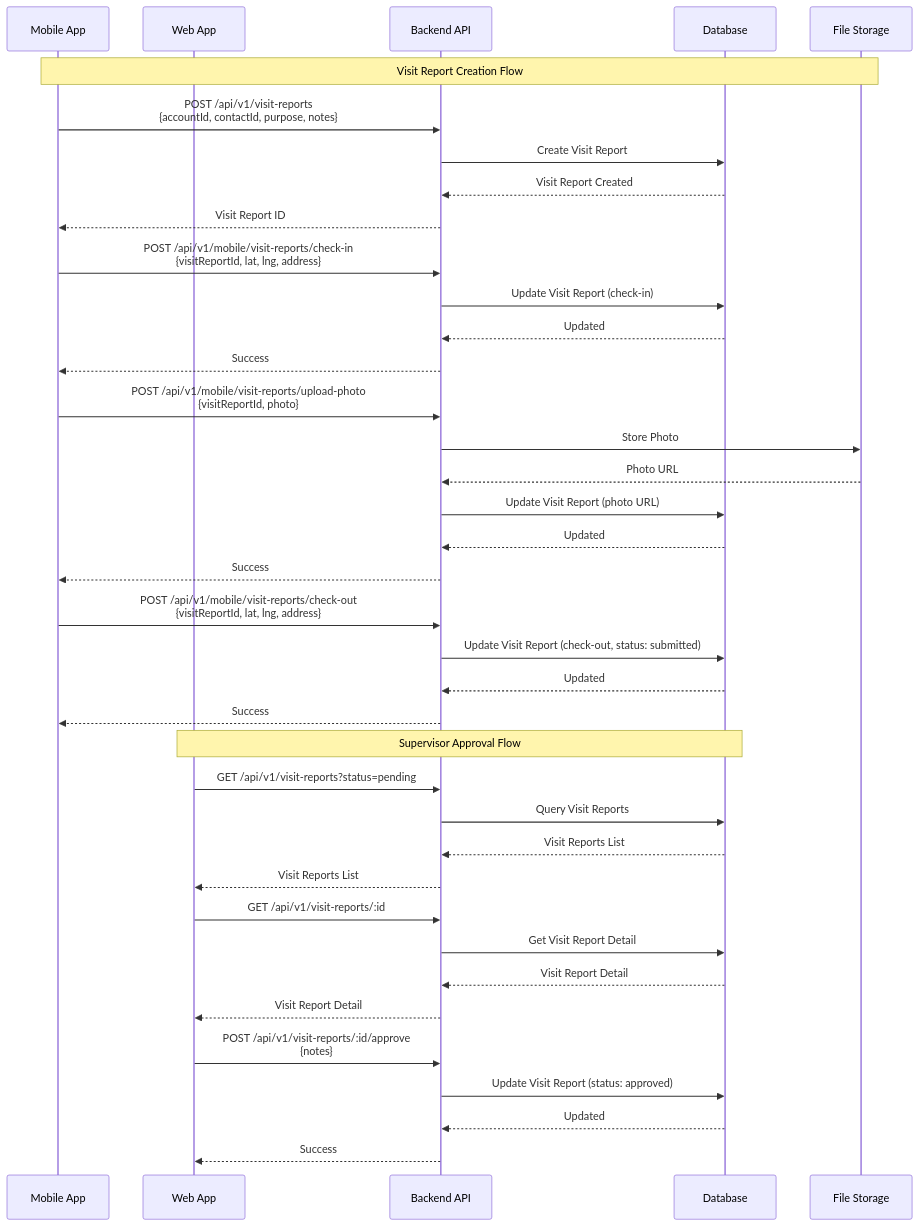
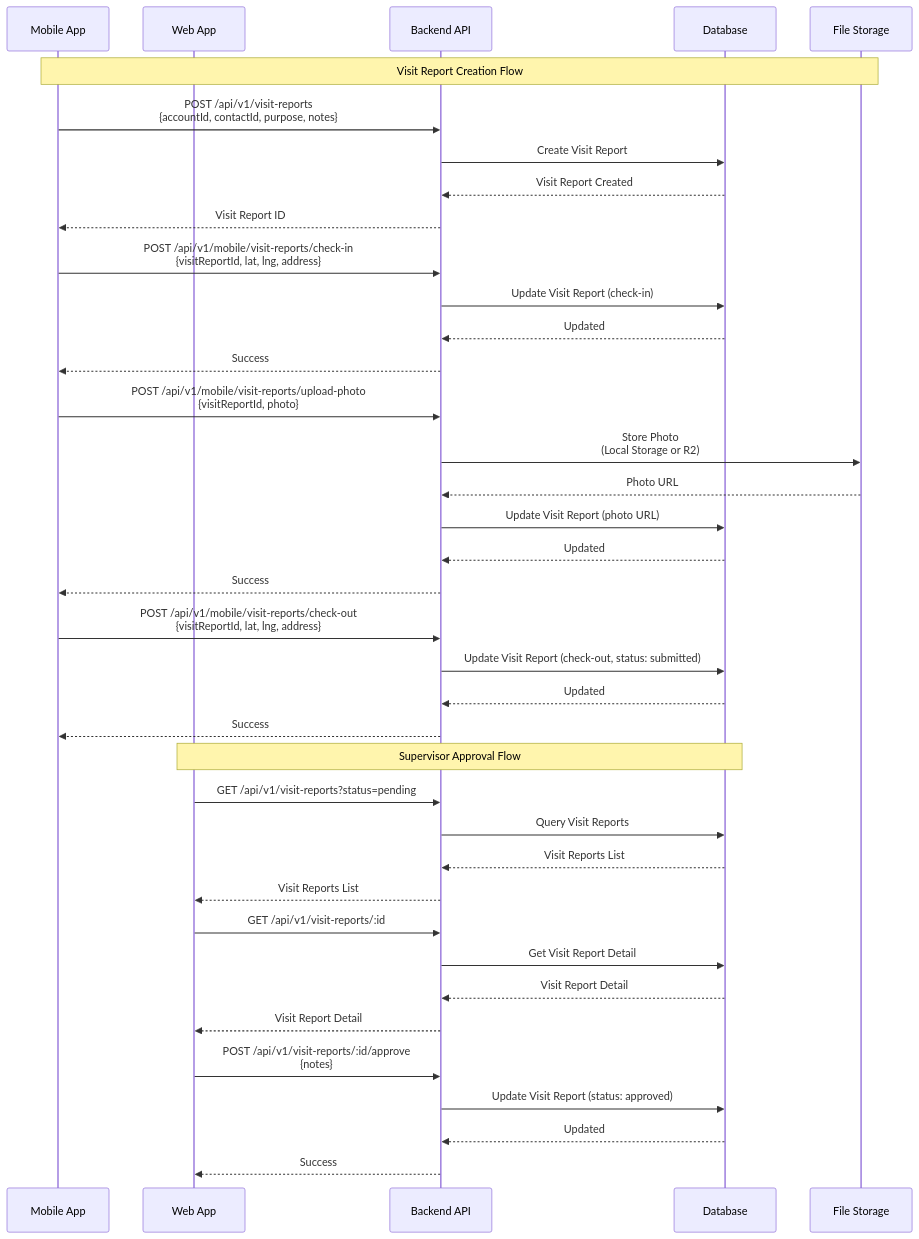
Diagram 14 of 16 in docs/PROJECT_DIAGRAMS.md (Gilabs-Studio/crm-healthcare), drawn with Mermaid before and after one commit. The commit also changed other lines of this file and 1 other file, not shown here.

Commit message:
chore(docs): update PROJECT_DIAGRAMS.md to reflect version 1.1; enhance storage architecture and file upload flow diagrams with detailed descriptions of local and Cloudflare R2 storage implementations; add configuration instructions for both storage types

````diff
--- a/docs/PROJECT_DIAGRAMS.md
+++ b/docs/PROJECT_DIAGRAMS.md
@@ -675,49 +675,49 @@
 ```mermaid
 sequenceDiagram
     participant M as Mobile App
     participant W as Web App
     participant API as Backend API
     participant DB as Database
     participant FS as File Storage
     
     Note over M,FS: Visit Report Creation Flow
     
     M->>API: POST /api/v1/visit-reports<br/>{accountId, contactId, purpose, notes}
     API->>DB: Create Visit Report
     DB-->>API: Visit Report Created
     API-->>M: Visit Report ID
     
     M->>API: POST /api/v1/mobile/visit-reports/check-in<br/>{visitReportId, lat, lng, address}
     API->>DB: Update Visit Report (check-in)
     DB-->>API: Updated
     API-->>M: Success
     
     M->>API: POST /api/v1/mobile/visit-reports/upload-photo<br/>{visitReportId, photo}
-    API->>FS: Store Photo
+    API->>FS: Store Photo<br/>(Local Storage or R2)
     FS-->>API: Photo URL
     API->>DB: Update Visit Report (photo URL)
     DB-->>API: Updated
     API-->>M: Success
     
     M->>API: POST /api/v1/mobile/visit-reports/check-out<br/>{visitReportId, lat, lng, address}
     API->>DB: Update Visit Report (check-out, status: submitted)
     DB-->>API: Updated
     API-->>M: Success
     
     Note over W,DB: Supervisor Approval Flow
     
     W->>API: GET /api/v1/visit-reports?status=pending
     API->>DB: Query Visit Reports
     DB-->>API: Visit Reports List
     API-->>W: Visit Reports List
     
     W->>API: GET /api/v1/visit-reports/:id
     API->>DB: Get Visit Report Detail
     DB-->>API: Visit Report Detail
     API-->>W: Visit Report Detail
     
     W->>API: POST /api/v1/visit-reports/:id/approve<br/>{notes}
     API->>DB: Update Visit Report (status: approved)
     DB-->>API: Updated
     API-->>W: Success
 ```
````
